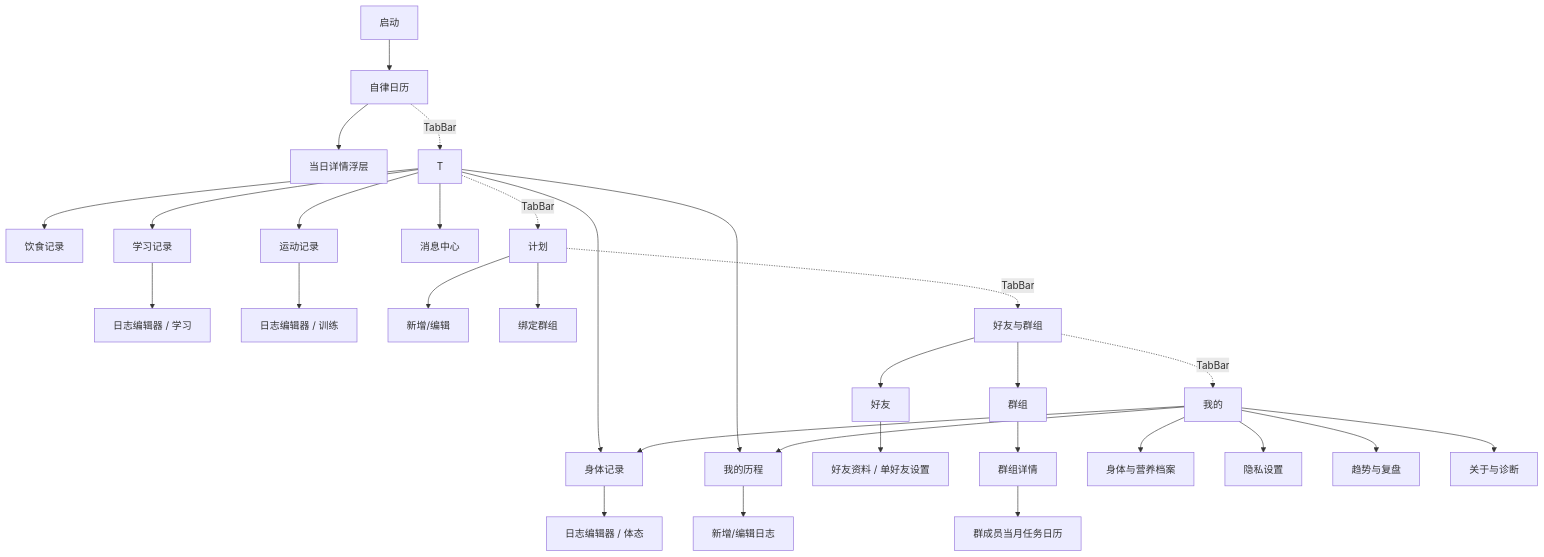
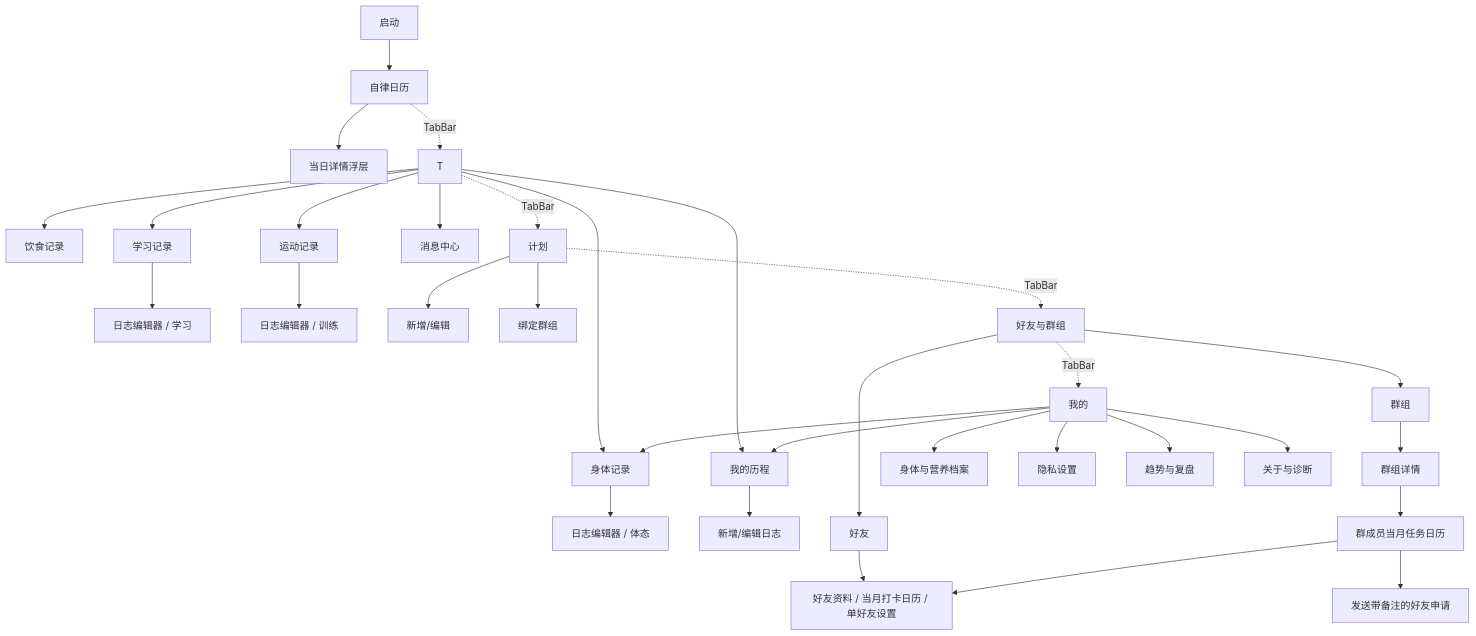
Before and after one commit to duohekaishui1127/zilv: the diagram in docs/NAVIGATION.md, drawn with Mermaid. The commit also changed 22 other files, not shown here.

````diff
--- a/docs/NAVIGATION.md
+++ b/docs/NAVIGATION.md
@@ -3,37 +3,39 @@
 ```mermaid
 flowchart TD
     A[启动] --> CA[自律日历]
     CA --> CD[当日详情浮层]
     T --> B[身体记录]
     T --> F[饮食记录]
     T --> W[运动记录]
     T --> S[学习记录]
     T --> N[我的历程]
     T --> NT[消息中心]
 
     B --> NE[日志编辑器 / 体态]
     S --> NE2[日志编辑器 / 学习]
     W --> NE3[日志编辑器 / 训练]
     N --> NE4[新增/编辑日志]
 
     P[计划] --> PE[新增/编辑]
     P --> PB[绑定群组]
 
     C[好友与群组] --> CF[好友]
-    CF --> CFD[好友资料 / 单好友设置]
+    CF --> CFD[好友资料 / 当月打卡日历 / 单好友设置]
     C --> CG[群组]
     CG --> GD[群组详情]
     GD --> GM[群成员当月任务日历]
+    GM --> CFR[发送带备注的好友申请]
+    GM --> CFD
 
     M[我的] --> MP[身体与营养档案]
     M --> B
     M --> PR[隐私设置]
     M --> N
     M --> WR[趋势与复盘]
     M --> AB[关于与诊断]
 
     CA -.TabBar.-> T
     T -.TabBar.-> P
     P -.TabBar.-> C
     C -.TabBar.-> M
 ```
````
